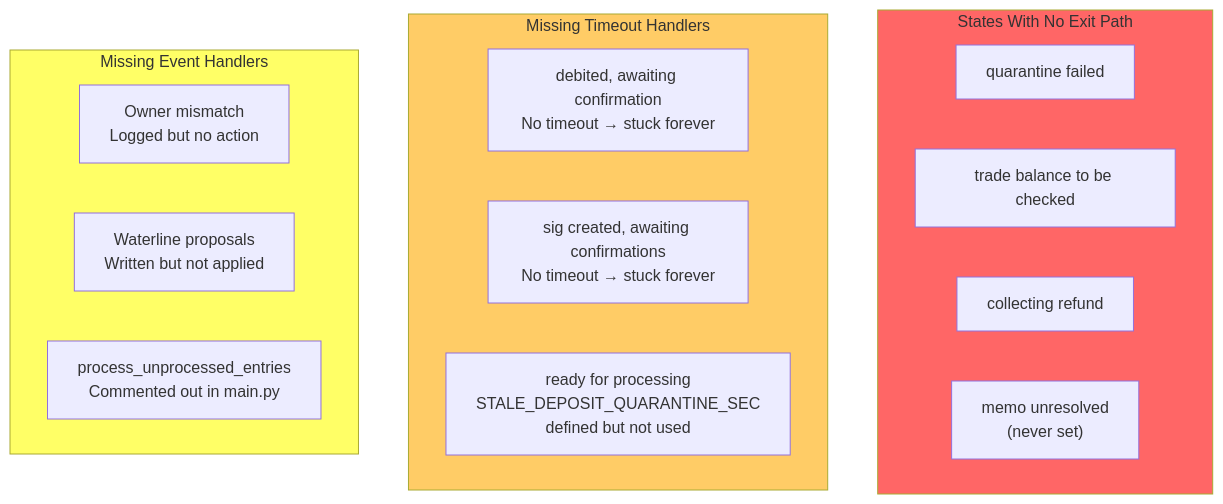
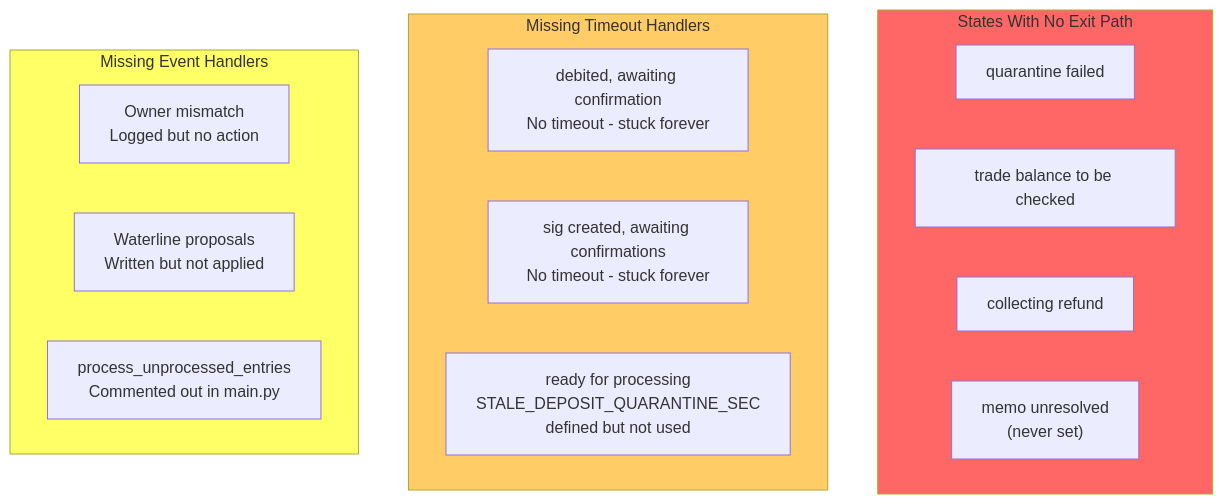
The sixth of 7 diagrams in STATE_MACHINES_MERMAID.md (AkstonCap/swapService), drawn with Mermaid before and after one commit. The commit also changed other lines of this file, not shown here.

````diff
--- a/STATE_MACHINES_MERMAID.md
+++ b/STATE_MACHINES_MERMAID.md
@@ -325,25 +261,25 @@
 ```mermaid
 flowchart TD
     subgraph Stuck_States["States With No Exit Path"]
         S1["quarantine failed"]
         S2["trade balance to be checked"]
         S3["collecting refund"]
         S4["memo unresolved<br/>(never set)"]
     end
 
     subgraph Missing_Timeouts["Missing Timeout Handlers"]
-        T1["debited, awaiting confirmation<br/>No timeout → stuck forever"]
-        T2["sig created, awaiting confirmations<br/>No timeout → stuck forever"]
+        T1["debited, awaiting confirmation<br/>No timeout - stuck forever"]
+        T2["sig created, awaiting confirmations<br/>No timeout - stuck forever"]
         T3["ready for processing<br/>STALE_DEPOSIT_QUARANTINE_SEC<br/>defined but not used"]
     end
 
     subgraph Missing_Handlers["Missing Event Handlers"]
         H1["Owner mismatch<br/>Logged but no action"]
         H2["Waterline proposals<br/>Written but not applied"]
         H3["process_unprocessed_entries<br/>Commented out in main.py"]
     end
 
     style Stuck_States fill:#ff6666
     style Missing_Timeouts fill:#ffcc66
     style Missing_Handlers fill:#ffff66
 ```
````
